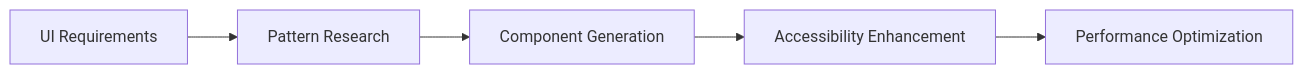
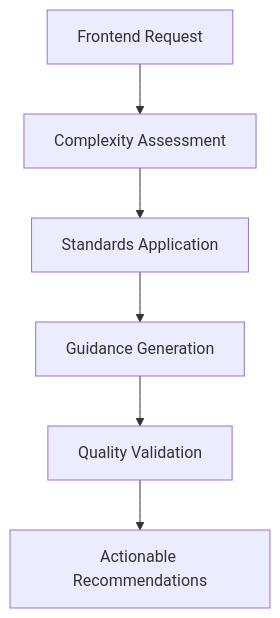
One commit to MerlinFloyd/horizon-sdlc-v2 changed the diagram in docker/opencode/config/agent/frontend.md. Above: the diagram before and after it, drawn with Mermaid. The commit also changed other lines of this file and 32 other files, not shown here.

````diff
--- a/docker/opencode/config/agent/frontend.md
+++ b/docker/opencode/config/agent/frontend.md
@@ -55,7 +84,8 @@
 ```mermaid
-graph LR
-    A[UI Requirements] --> B[Pattern Research]
-    B --> C[Component Generation]
-    C --> D[Accessibility Enhancement]
-    D --> E[Performance Optimization]
+graph TD
+    A[Frontend Request] --> B[Complexity Assessment]
+    B --> C[Standards Application]
+    C --> D[Guidance Generation]
+    D --> E[Quality Validation]
+    E --> F[Actionable Recommendations]
 ```
````
